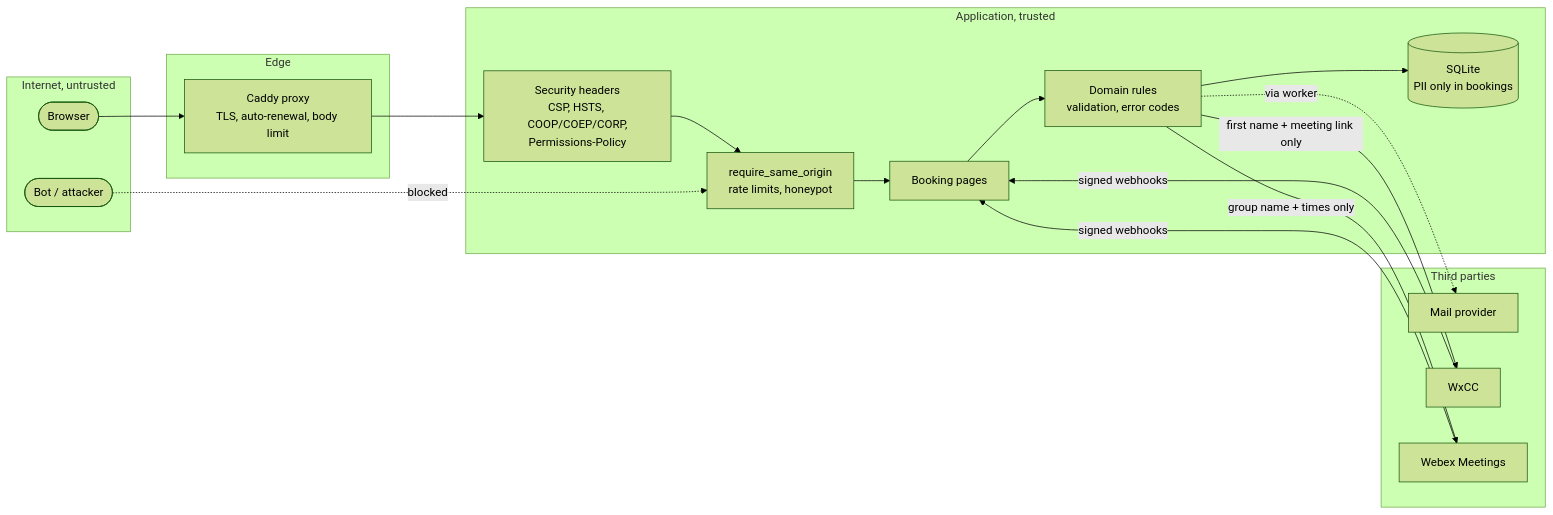
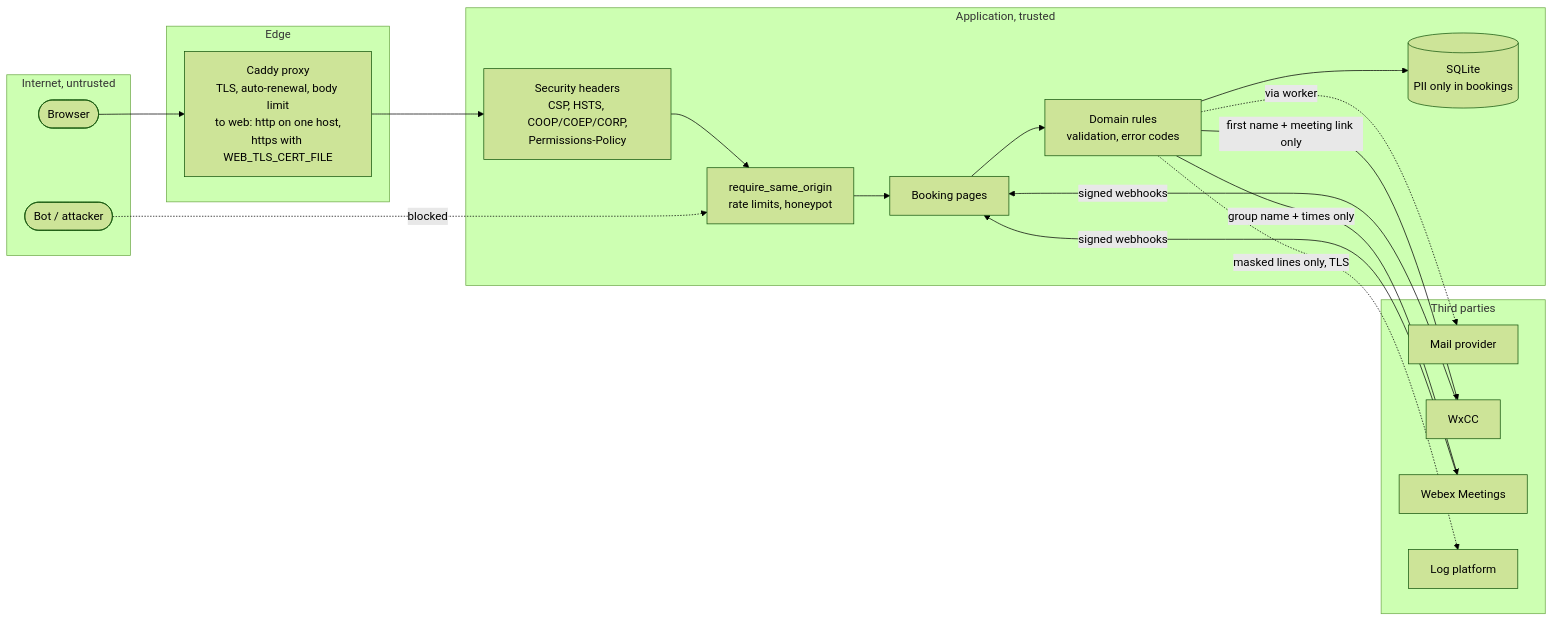
One commit to 3Corners-Labs/OpenPlanner changed diagram 13 of 15 in docs/architecture.md. Above: the diagram before and after it, drawn with Mermaid (forest theme). The commit also changed other lines of this file and 24 other files, not shown here.

First line of the commit message:
feat(proxy): optional TLS from an own proxy to web and the outbound inventory (ADR 0091 steps 3, 4) (#386)

````diff
--- a/docs/architecture.md
+++ b/docs/architecture.md
@@ -627,34 +651,36 @@
 ```mermaid
 flowchart LR
     subgraph internet [Internet, untrusted]
         browser([Browser])
         bot([Bot / attacker])
     end
 
     subgraph edge [Edge]
-        proxy[Caddy proxy<br/>TLS, auto-renewal, body limit]
+        proxy["Caddy proxy<br/>TLS, auto-renewal, body limit<br/>to web: http on one host,<br/>https with WEB_TLS_CERT_FILE"]
     end
 
     subgraph app [Application, trusted]
         mw[Security headers<br/>CSP, HSTS, COOP/COEP/CORP,<br/>Permissions-Policy]
         prot[require_same_origin<br/>rate limits, honeypot]
         pages[Booking pages]
         domain[Domain rules<br/>validation, error codes]
         db[(SQLite<br/>PII only in bookings)]
     end
 
     subgraph ext [Third parties]
         smtp[Mail provider]
         wxcc[WxCC]
         webex[Webex Meetings]
+        logs[Log platform]
     end
 
     browser --> proxy --> mw --> prot --> pages --> domain --> db
     bot -. blocked .-> prot
     domain -. via worker .-> smtp
     domain -- first name + meeting link only --> wxcc
     domain -- group name + times only --> webex
+    domain -. masked lines only, TLS .-> logs
     wxcc -- signed webhooks --> pages
     webex -- signed webhooks --> pages
 
 ```
````
